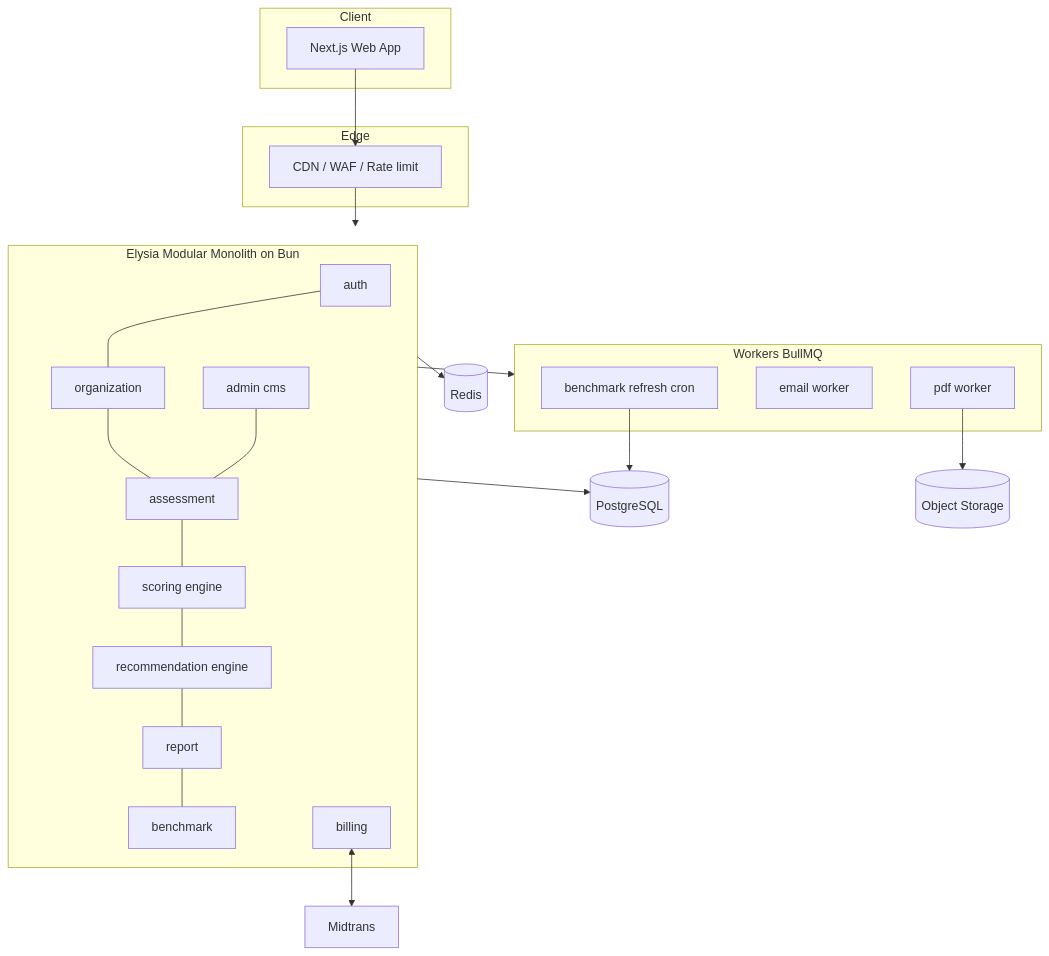
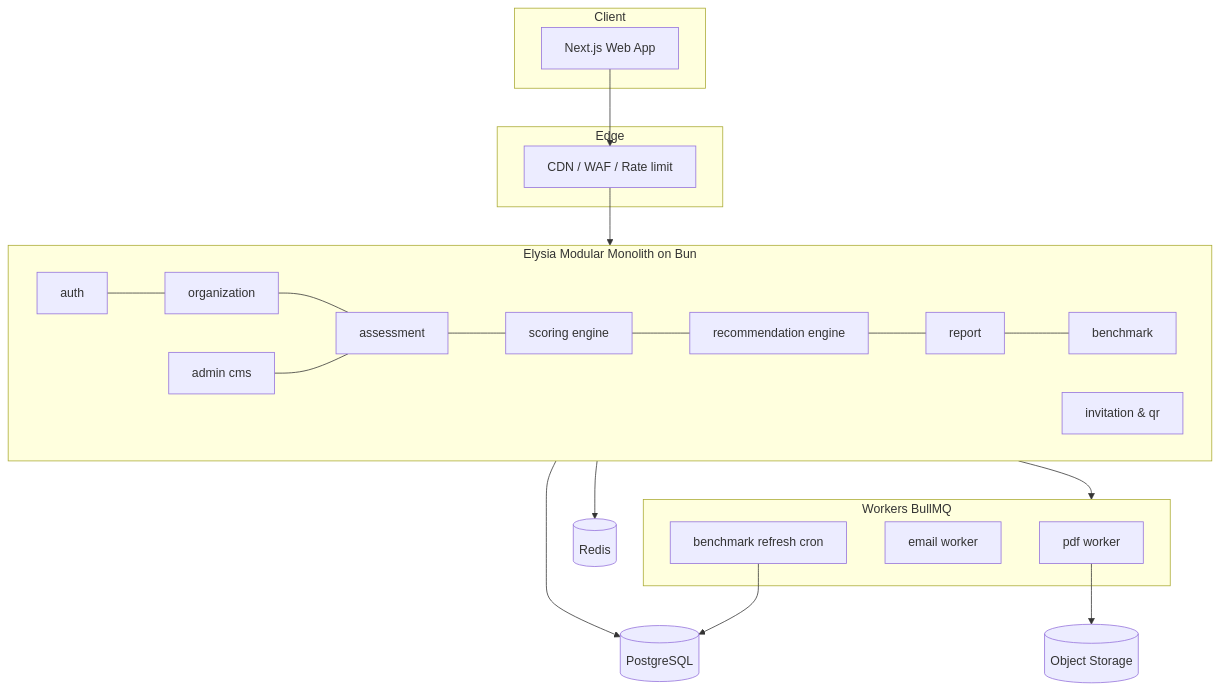
One commit to reyfuu/audit changed the first of 2 diagrams in docs/TRD.md. Above: the diagram before and after it, drawn with Mermaid. The commit also changed other lines of this file and 25 other files, not shown here.

````diff
--- a/docs/TRD.md
+++ b/docs/TRD.md
@@ -31,36 +34,34 @@
 ```mermaid
 flowchart TB
   subgraph Client
     W[Next.js Web App]
   end
   subgraph Edge
     CDN[CDN / WAF / Rate limit]
   end
   subgraph API[Elysia Modular Monolith on Bun]
     AUTH[auth] --- ORG[organization]
     ORG --- ASM[assessment]
     ASM --- SCR[scoring engine]
     SCR --- REC[recommendation engine]
     REC --- RPT[report]
     RPT --- BMK[benchmark]
     ADM[admin cms] --- ASM
-    PAY[billing]
+    INV[invitation & qr]
   end
   subgraph Async[Workers BullMQ]
     PDFW[pdf worker]
     MAILW[email worker]
     BMKW[benchmark refresh cron]
   end
   DB[(PostgreSQL)]
   RDS[(Redis)]
   S3[(Object Storage)]
-  MID[Midtrans]
 
   W --> CDN --> API
   API --> DB
   API --> RDS
   API --> Async
   PDFW --> S3
-  PAY <--> MID
   BMKW --> DB
 ```
````
